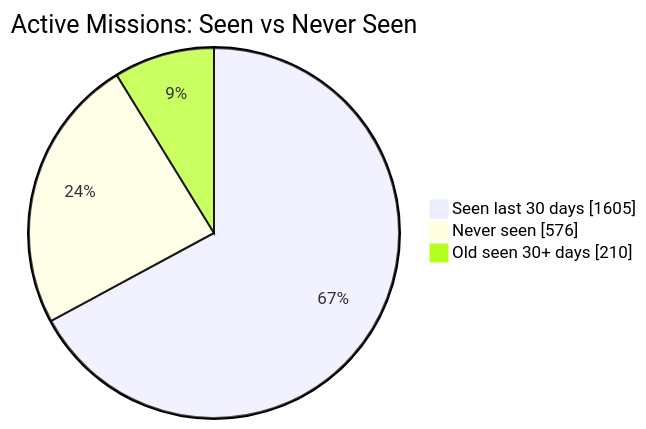
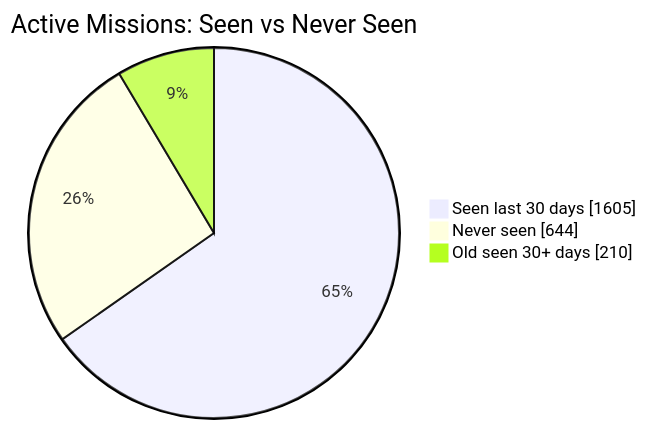
One commit to MeldkamerspelGameTeam/active-missions changed the first of 2 diagrams in README.md. Above: the diagram before and after it, drawn with Mermaid. The commit also changed other lines of this file and 4 other files, not shown here.

````diff
--- a/README.md
+++ b/README.md
@@ -34,7 +34,7 @@
 ```mermaid
 pie showData
     title Active Missions: Seen vs Never Seen
     "Seen last 30 days" : 1605
-    "Never seen" : 576
+    "Never seen" : 644
     "Old seen 30+ days" : 210
 ```
````
